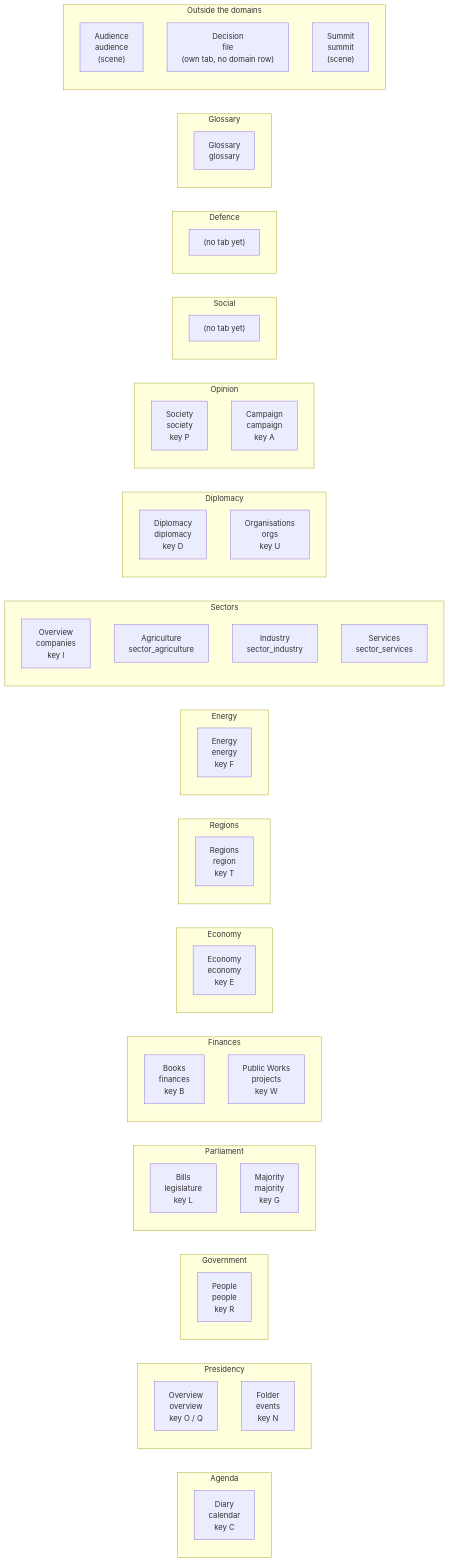
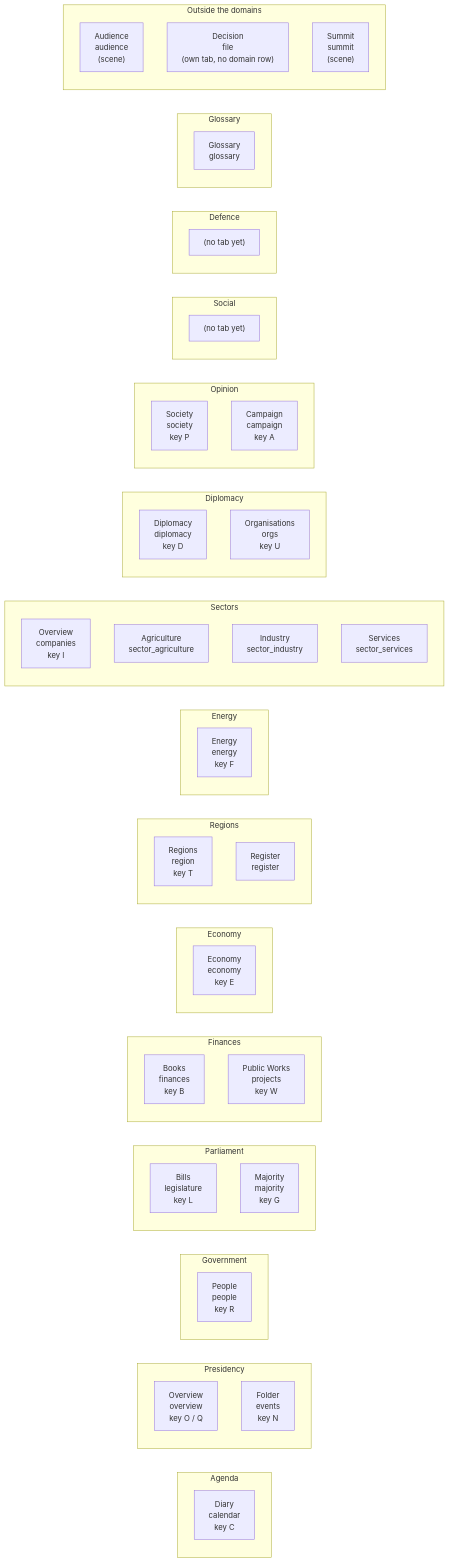
Before and after one commit to powerbassist/World-simulator: the diagram in docs/ui-map.md, drawn with Mermaid. The commit also changed other lines of this file and 18 other files, not shown here.

````diff
--- a/docs/ui-map.md
+++ b/docs/ui-map.md
@@ -17,73 +17,74 @@
 ```mermaid
 flowchart LR
   subgraph d_agenda["Agenda"]
     direction TB
     w_calendar["Diary<br/>calendar<br/>key C"]
   end
   subgraph d_presidency["Presidency"]
     direction TB
     w_overview["Overview<br/>overview<br/>key O / Q"]
     w_events["Folder<br/>events<br/>key N"]
   end
   subgraph d_government["Government"]
     direction TB
     w_people["People<br/>people<br/>key R"]
   end
   subgraph d_parliament["Parliament"]
     direction TB
     w_legislature["Bills<br/>legislature<br/>key L"]
     w_majority["Majority<br/>majority<br/>key G"]
   end
   subgraph d_finances["Finances"]
     direction TB
     w_finances["Books<br/>finances<br/>key B"]
     w_projects["Public Works<br/>projects<br/>key W"]
   end
   subgraph d_economy["Economy"]
     direction TB
     w_economy["Economy<br/>economy<br/>key E"]
   end
   subgraph d_territory["Regions"]
     direction TB
     w_region["Regions<br/>region<br/>key T"]
+    w_register["Register<br/>register"]
   end
   subgraph d_energy["Energy"]
     direction TB
     w_energy["Energy<br/>energy<br/>key F"]
   end
   subgraph d_sectors["Sectors"]
     direction TB
     w_companies["Overview<br/>companies<br/>key I"]
     w_sector_agriculture["Agriculture<br/>sector_agriculture"]
     w_sector_industry["Industry<br/>sector_industry"]
     w_sector_services["Services<br/>sector_services"]
   end
   subgraph d_diplomacy["Diplomacy"]
     direction TB
     w_diplomacy["Diplomacy<br/>diplomacy<br/>key D"]
     w_orgs["Organisations<br/>orgs<br/>key U"]
   end
   subgraph d_opinion["Opinion"]
     direction TB
     w_society["Society<br/>society<br/>key P"]
     w_campaign["Campaign<br/>campaign<br/>key A"]
   end
   subgraph d_social["Social"]
     direction TB
     social_none["(no tab yet)"]
   end
   subgraph d_defence["Defence"]
     direction TB
     defence_none["(no tab yet)"]
   end
   subgraph d_glossary["Glossary"]
     direction TB
     w_glossary["Glossary<br/>glossary"]
   end
   subgraph outside["Outside the domains"]
     direction TB
     w_audience["Audience<br/>audience<br/>(scene)"]
     w_file["Decision<br/>file<br/>(own tab, no domain row)"]
     w_summit["Summit<br/>summit<br/>(scene)"]
   end
 ```
````
